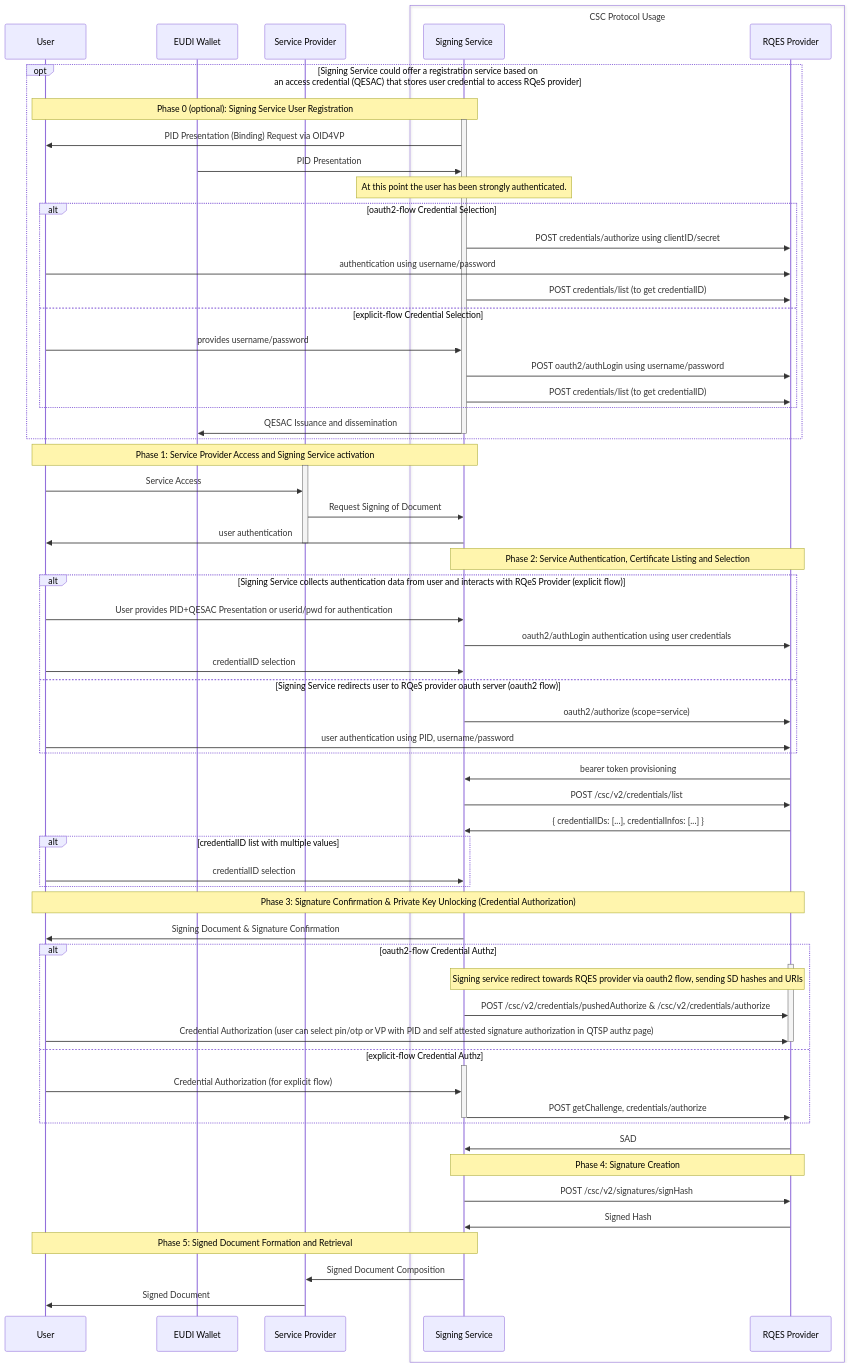
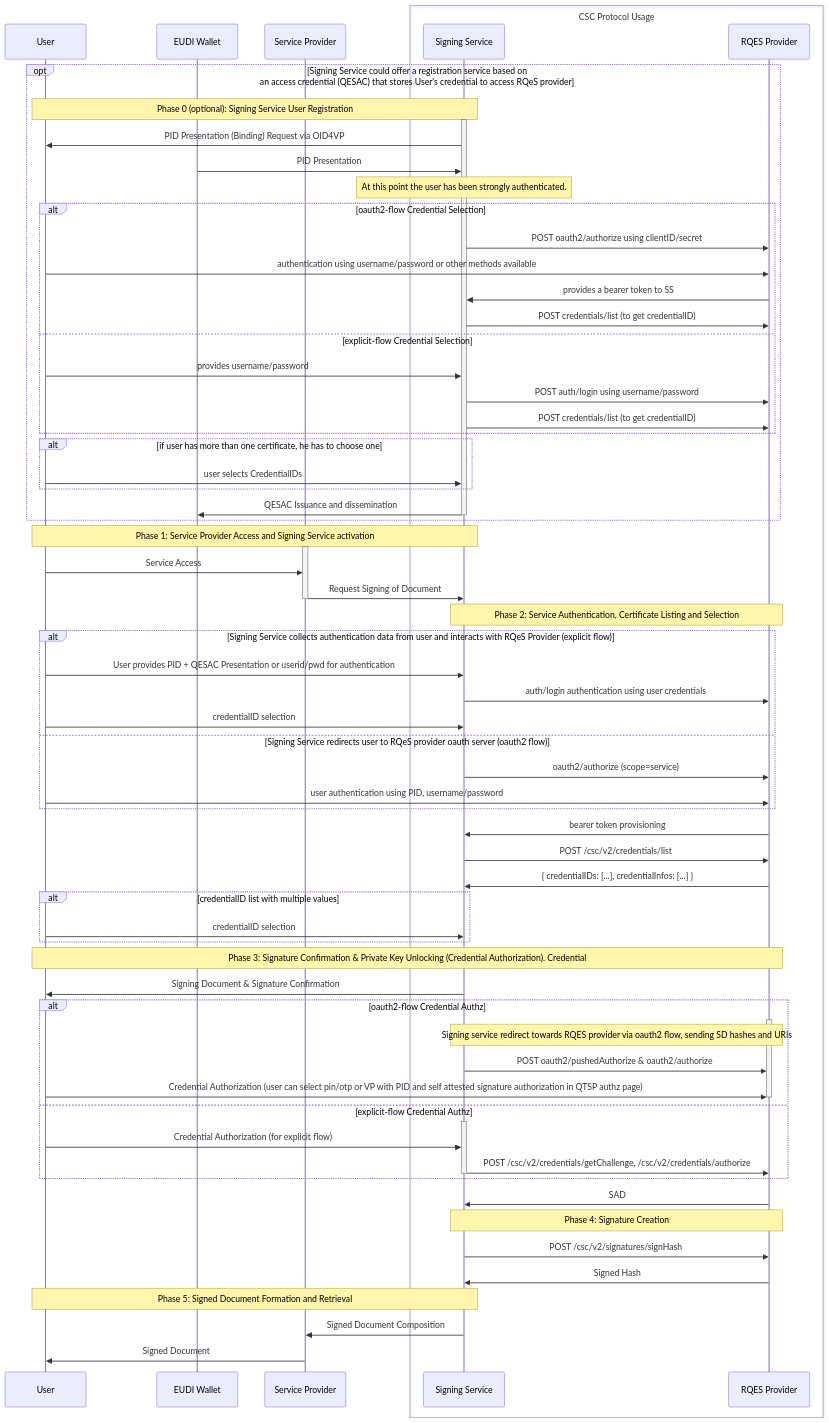
The first of 7 diagrams in ewc-rfc010-long-term-certifice-qes-creation.md (EWC-consortium/eudi-wallet-rfcs), drawn with Mermaid before and after one commit.

````diff
--- a/ewc-rfc010-long-term-certifice-qes-creation.md
+++ b/ewc-rfc010-long-term-certifice-qes-creation.md
@@ -87,77 +87,82 @@
 ```mermaid
    sequenceDiagram
     participant User
     participant EUDI Wallet
     participant Service Provider
     box CSC Protocol Usage
     participant Signing Service
     participant RQES Provider
     end
     
-    opt Signing Service could offer a registration service based on <br/>an access credential (QESAC) that stores user credential to access RQeS provider
+    opt Signing Service could offer a registration service based on <br/>an access credential (QESAC) that stores User's credential to access RQeS provider
     Note over User, Signing Service: Phase 0 (optional): Signing Service User Registration
       activate Signing Service
       Signing Service->>User: PID Presentation (Binding) Request via OID4VP
       EUDI Wallet->>Signing Service: PID Presentation
       Note over Signing Service: At this point the user has been strongly authenticated.
       alt  oauth2-flow Credential Selection
-        Signing Service->>RQES Provider: POST credentials/authorize using clientID/secret
-        User->>RQES Provider: authentication using username/password
+        Signing Service->>RQES Provider: POST oauth2/authorize using clientID/secret
+        User->>RQES Provider: authentication using username/password or other methods available
+        RQES Provider->>Signing Service: provides a bearer token to SS
         Signing Service->>RQES Provider: POST credentials/list (to get credentialID)
       else explicit-flow Credential Selection
         User->>Signing Service: provides username/password
-        Signing Service->>RQES Provider: POST oauth2/authLogin using username/password
+        Signing Service->>RQES Provider: POST auth/login using username/password
         Signing Service->>RQES Provider: POST credentials/list (to get credentialID)
       end
+    alt if user has more than one certificate, he has to choose one
+      User->>Signing Service: user selects CredentialIDs
+    end
     Signing Service->>EUDI Wallet: QESAC Issuance and dissemination
     deactivate Signing Service
     end
 
     Note over User, Signing Service: Phase 1: Service Provider Access and Signing Service activation
     activate Service Provider
     User->>Service Provider: Service Access
     Service Provider->>Signing Service: Request Signing of Document
-    Signing Service->>User: user authentication
     deactivate Service Provider
     
     Note over Signing Service, RQES Provider: Phase 2: Service Authentication, Certificate Listing and Selection
+
+
     alt Signing Service collects authentication data from user and interacts with RQeS Provider (explicit flow)
-      User->>Signing Service: User provides PID+QESAC Presentation or userid/pwd for authentication  
-      Signing Service->>RQES Provider: oauth2/authLogin authentication using user credentials
+      User->>Signing Service: User provides PID + QESAC Presentation or userid/pwd for authentication  
+      Signing Service->>RQES Provider: auth/login authentication using user credentials
       User->>Signing Service: credentialID selection
     else Signing Service redirects user to RQeS provider oauth server (oauth2 flow)
       Signing Service->>RQES Provider: oauth2/authorize (scope=service)
       User->>RQES Provider: user authentication using PID, username/password
     end
     RQES Provider->>Signing Service: bearer token provisioning
     Signing Service->>RQES Provider: POST /csc/v2/credentials/list
     RQES Provider->>Signing Service: { credentialIDs: [...], credentialInfos: [...] }
     alt credentialID list with multiple values
       User->>Signing Service: credentialID selection 
     end
 
-    Note over User, RQES Provider: Phase 3: Signature Confirmation & Private Key Unlocking (Credential Authorization)
+    Note over User, RQES Provider: Phase 3: Signature Confirmation & Private Key Unlocking (Credential Authorization). Credential 
     Signing Service->>User: Signing Document & Signature Confirmation
-    
+
     alt oauth2-flow Credential Authz
       activate RQES Provider
       Note over Signing Service,RQES Provider: Signing service redirect towards RQES provider via oauth2 flow, sending SD hashes and URIs
-      Signing Service->>RQES Provider: POST /csc/v2/credentials/pushedAuthorize & /csc/v2/credentials/authorize
+      Signing Service->>RQES Provider: POST oauth2/pushedAuthorize & oauth2/authorize
       User->>RQES Provider: Credential Authorization (user can select pin/otp or VP with PID and self attested signature authorization in QTSP authz page)
       deactivate RQES Provider
     else explicit-flow Credential Authz
       activate Signing Service
       User->>Signing Service: Credential Authorization (for explicit flow)
-      Signing Service->>RQES Provider: POST getChallenge, credentials/authorize
+      Signing Service->>RQES Provider: POST /csc/v2/credentials/getChallenge, /csc/v2/credentials/authorize
       deactivate Signing Service
     end
     RQES Provider->>Signing Service: SAD
     
     Note over Signing Service, RQES Provider: Phase 4: Signature Creation
     Signing Service->>RQES Provider: POST /csc/v2/signatures/signHash
     RQES Provider->>Signing Service: Signed Hash
 
     Note over User, Signing Service: Phase 5: Signed Document Formation and Retrieval
     Signing Service->>Service Provider: Signed Document Composition
     Service Provider->>User: Signed Document
 ```
````
